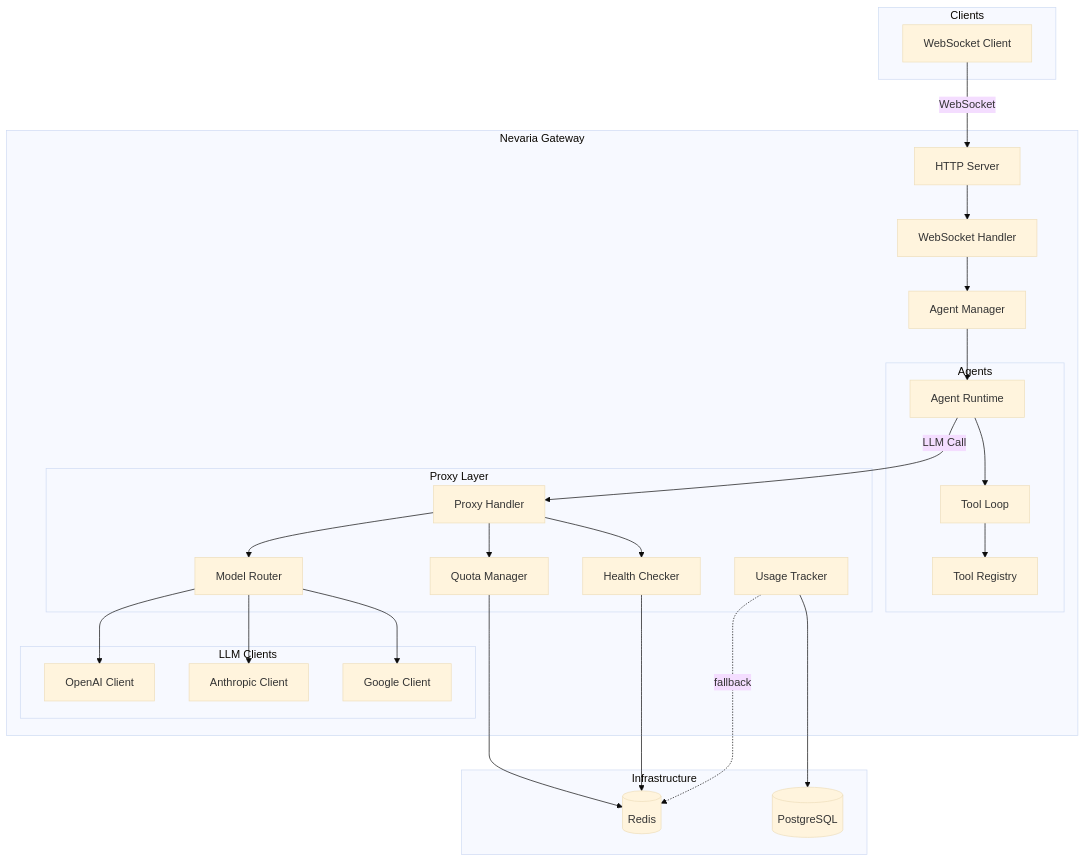
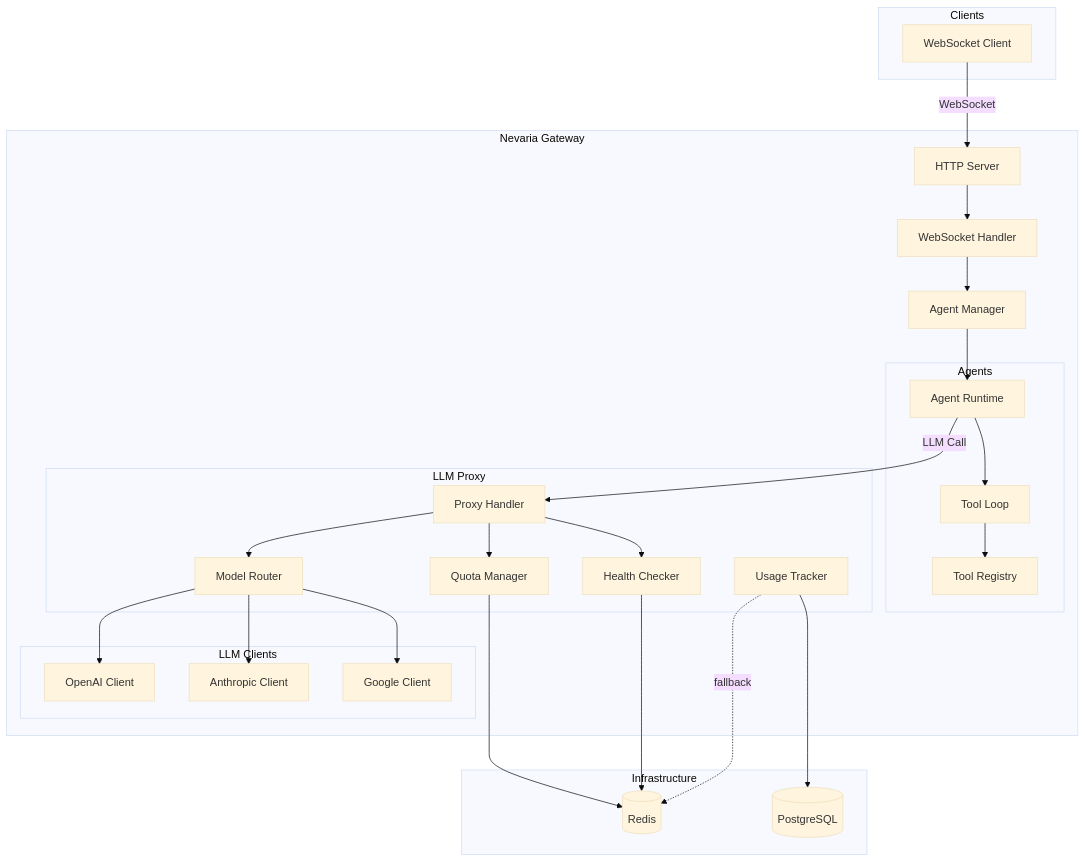
Before and after one commit to radch-ai/ava: the first of 2 diagrams in docs/README.md, drawn with Mermaid (base theme). The commit also changed other lines of this file and 2 other files, not shown here.

First line of the commit message:
docs: consistently use "LLM Proxy" terminology

````diff
--- a/docs/README.md
+++ b/docs/README.md
@@ -7,58 +7,58 @@
 ```mermaid
 flowchart TB
     subgraph Clients
         WS[WebSocket Client]
     end
 
     subgraph Gateway["Nevaria Gateway"]
         HTTP[HTTP Server]
         WSHandler[WebSocket Handler]
         AgentMgr[Agent Manager]
 
         subgraph Agents
             AgentRuntime[Agent Runtime]
             AgentLoop[Tool Loop]
             ToolReg[Tool Registry]
         end
 
-        subgraph Proxy["Proxy Layer"]
+        subgraph LLMProxy["LLM Proxy"]
             ProxyHandler[Proxy Handler]
             Router[Model Router]
             Health[Health Checker]
             Quota[Quota Manager]
             Usage[Usage Tracker]
         end
 
         subgraph LLM["LLM Clients"]
             OpenAI[OpenAI Client]
             Anthropic[Anthropic Client]
             Google[Google Client]
         end
     end
 
     subgraph Infrastructure
         Redis[(Redis)]
         DB[(PostgreSQL)]
     end
 
     WS -->|WebSocket| HTTP
     HTTP --> WSHandler
     WSHandler --> AgentMgr
     AgentMgr --> AgentRuntime
     AgentRuntime --> AgentLoop
     AgentLoop --> ToolReg
 
     AgentRuntime -->|LLM Call| ProxyHandler
     ProxyHandler --> Router
     ProxyHandler --> Health
     ProxyHandler --> Quota
 
     Router --> OpenAI
     Router --> Anthropic
     Router --> Google
 
     Quota ---> Redis
     Health ---> Redis
     Usage ---> DB
     Usage -.->|fallback| Redis
 ```
````
